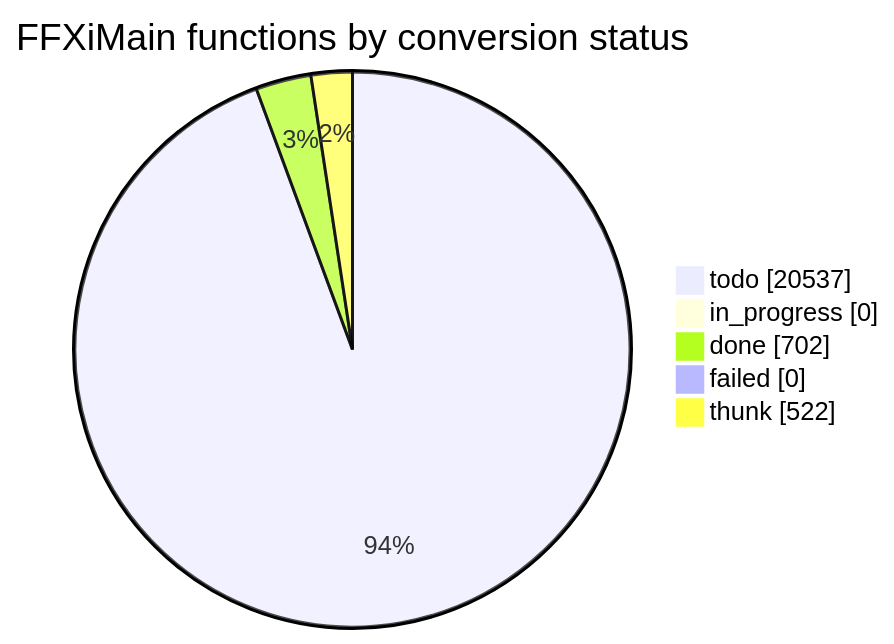
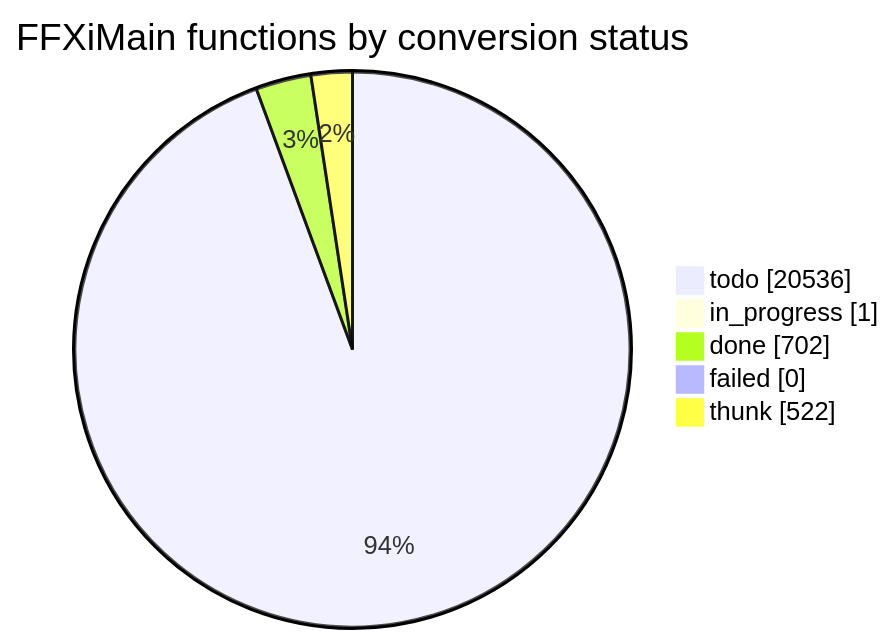
The diagram in docs/cow/STATUS.md (cowrevenge/cow_kuluu_xi_anything), drawn with Mermaid before and after one commit. The commit also changed other lines of this file and 4 other files, not shown here.

````diff
--- a/docs/cow/STATUS.md
+++ b/docs/cow/STATUS.md
@@ -18,9 +18,9 @@
 ```mermaid
 pie showData
     title FFXiMain functions by conversion status
-    "todo" : 20537
-    "in_progress" : 0
+    "todo" : 20536
+    "in_progress" : 1
     "done" : 702
     "failed" : 0
     "thunk" : 522
 ```
````
